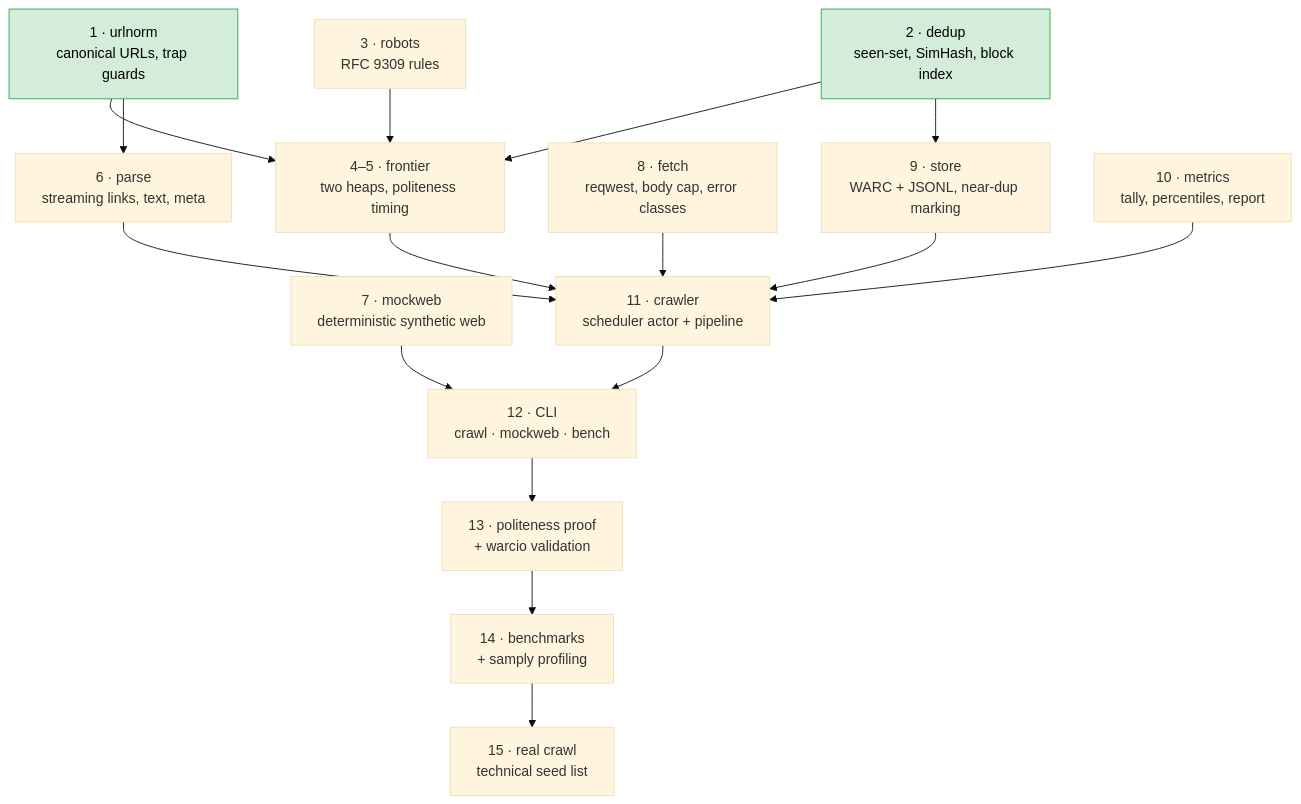
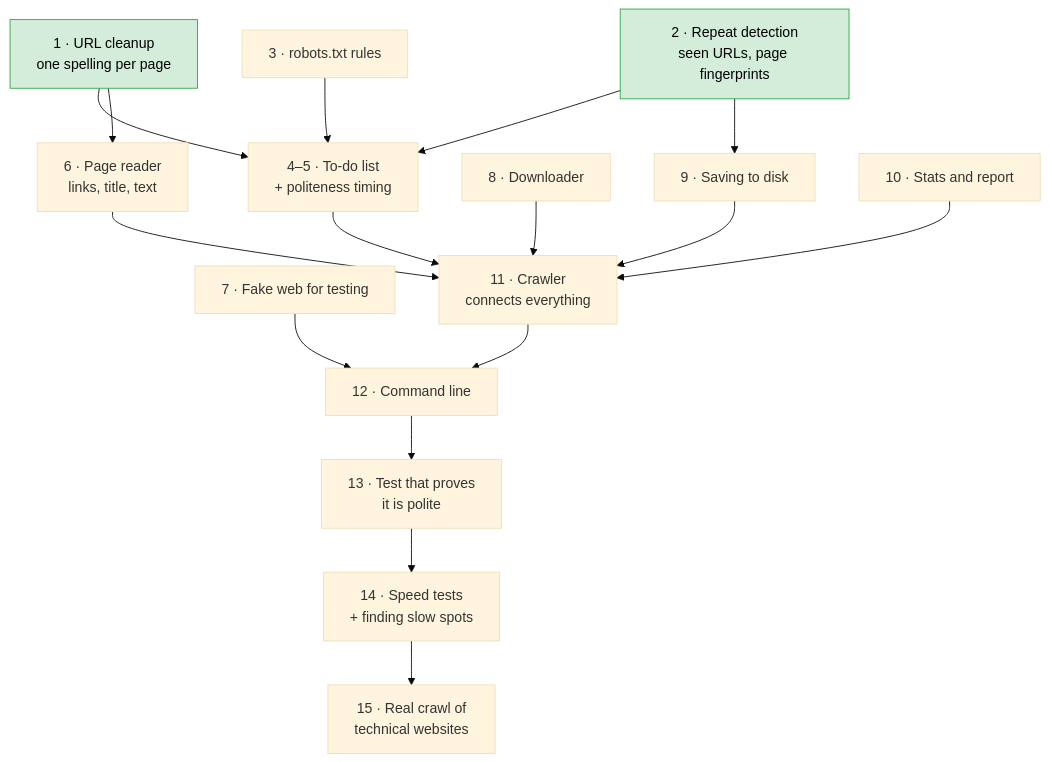
The fourth of 4 diagrams in README.md (Armaan-king/McCrawl), drawn with Mermaid (base theme) before and after one commit. The commit also changed other lines of this file, not shown here.

````diff
--- a/README.md
+++ b/README.md
@@ -105,33 +118,33 @@
 ```mermaid
 flowchart TD
-    urlnorm["1 · urlnorm<br/>canonical URLs, trap guards"]:::done
-    dedup["2 · dedup<br/>seen-set, SimHash, block index"]:::done
-    robots["3 · robots<br/>RFC 9309 rules"]
-    frontier["4–5 · frontier<br/>two heaps, politeness timing"]
-    parse["6 · parse<br/>streaming links, text, meta"]
-    mockweb["7 · mockweb<br/>deterministic synthetic web"]
-    fetch["8 · fetch<br/>reqwest, body cap, error classes"]
-    store["9 · store<br/>WARC + JSONL, near-dup marking"]
-    metrics["10 · metrics<br/>tally, percentiles, report"]
-    crawler["11 · crawler<br/>scheduler actor + pipeline"]
-    cli["12 · CLI<br/>crawl · mockweb · bench"]
-    proof["13 · politeness proof<br/>+ warcio validation"]
-    bench["14 · benchmarks<br/>+ samply profiling"]
-    real["15 · real crawl<br/>technical seed list"]
+    urlnorm["1 · URL cleanup<br/>one spelling per page"]:::done
+    dedup["2 · Repeat detection<br/>seen URLs, page fingerprints"]:::done
+    robots["3 · robots.txt rules"]
+    frontier["4–5 · To-do list<br/>+ politeness timing"]
+    parse["6 · Page reader<br/>links, title, text"]
+    mockweb["7 · Fake web for testing"]
+    fetch["8 · Downloader"]
+    store["9 · Saving to disk"]
+    metrics["10 · Stats and report"]
+    crawler["11 · Crawler<br/>connects everything"]
+    cli["12 · Command line"]
+    proof["13 · Test that proves<br/>it is polite"]
+    bench["14 · Speed tests<br/>+ finding slow spots"]
+    real["15 · Real crawl of<br/>technical websites"]
 
     urlnorm --> frontier
     dedup --> frontier
     robots --> frontier
     urlnorm --> parse
     dedup --> store
     frontier --> crawler
     parse --> crawler
     fetch --> crawler
     store --> crawler
     metrics --> crawler
     crawler --> cli
     mockweb --> cli
     cli --> proof --> bench --> real
 
     classDef done fill:#d4edda,stroke:#28a745,color:#000
 ```
````
